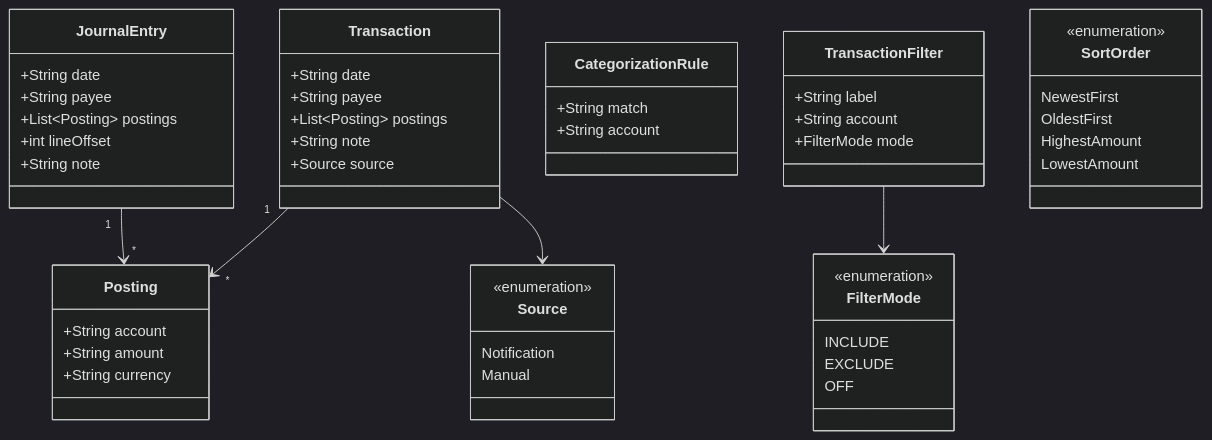
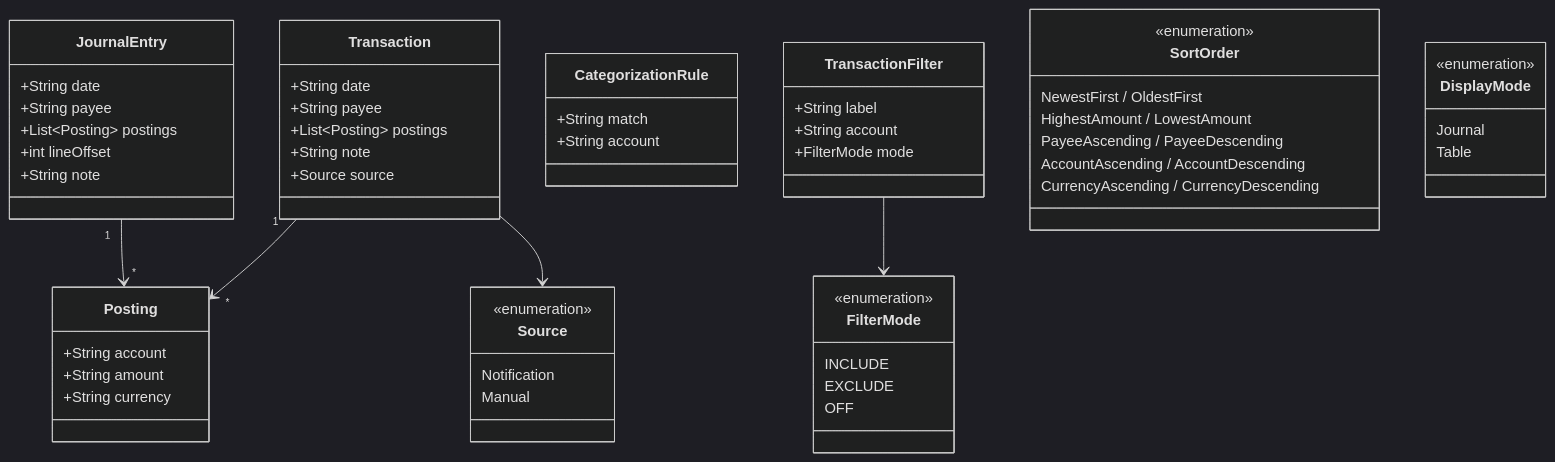
One commit to ukizet/NotifLedger changed the sixth of 8 diagrams in docs/architecture.md. Above: the diagram before and after it, drawn with Mermaid (dark theme). The commit also changed other lines of this file and 11 other files, not shown here.

````diff
--- a/docs/architecture.md
+++ b/docs/architecture.md
@@ -229,54 +239,60 @@
 ```mermaid
 classDiagram
     class Transaction {
         +String date
         +String payee
         +List~Posting~ postings
         +String note
         +Source source
     }
     class Posting {
         +String account
         +String amount
         +String currency
     }
     class JournalEntry {
         +String date
         +String payee
         +List~Posting~ postings
         +int lineOffset
         +String note
     }
     class CategorizationRule {
         +String match
         +String account
     }
     class TransactionFilter {
         +String label
         +String account
         +FilterMode mode
     }
     class FilterMode {
         <<enumeration>>
         INCLUDE
         EXCLUDE
         OFF
     }
     class Source {
         <<enumeration>>
         Notification
         Manual
     }
     class SortOrder {
         <<enumeration>>
-        NewestFirst
-        OldestFirst
-        HighestAmount
-        LowestAmount
+        NewestFirst / OldestFirst
+        HighestAmount / LowestAmount
+        PayeeAscending / PayeeDescending
+        AccountAscending / AccountDescending
+        CurrencyAscending / CurrencyDescending
+    }
+    class DisplayMode {
+        <<enumeration>>
+        Journal
+        Table
     }
 
     Transaction "1" --> "*" Posting
     JournalEntry "1" --> "*" Posting
     TransactionFilter --> FilterMode
     Transaction --> Source
 ```
````
